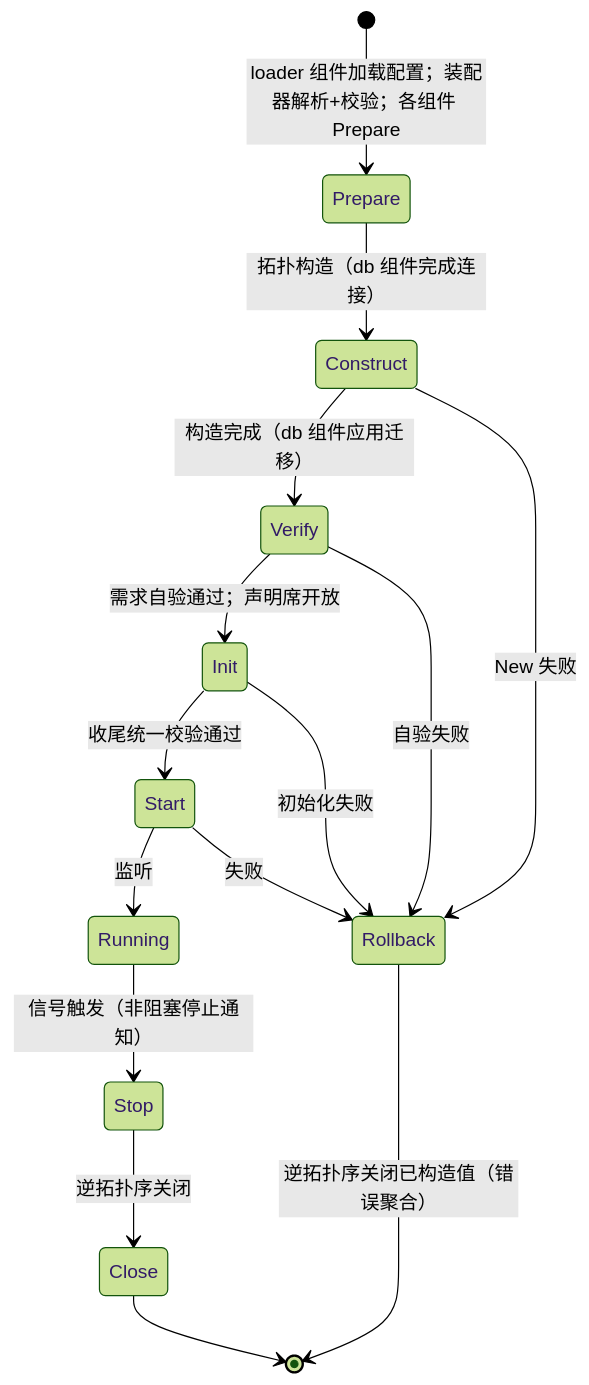
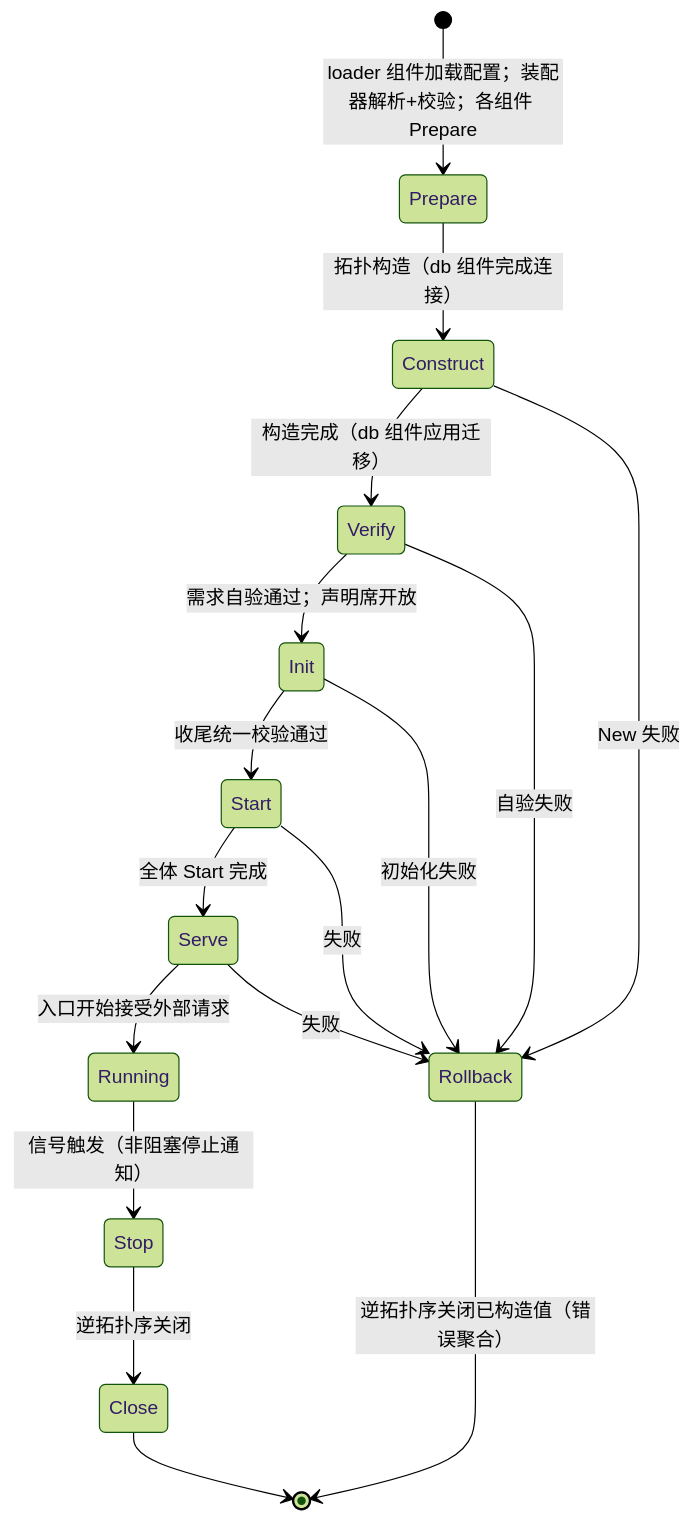
The third of 6 diagrams in docs/internal/29-config-driven-component-assembly.md (vislake/speed), drawn with Mermaid (forest theme) before and after one commit. The commit also changed other lines of this file and 32 other files, not shown here.

````diff
--- a/docs/internal/29-config-driven-component-assembly.md
+++ b/docs/internal/29-config-driven-component-assembly.md
@@ -242,17 +247,19 @@
 ```mermaid
 stateDiagram-v2
     [*] --> Prepare : loader 组件加载配置；装配器解析+校验；各组件 Prepare
     Prepare --> Construct : 拓扑构造（db 组件完成连接）
     Construct --> Verify : 构造完成（db 组件应用迁移）
     Verify --> Init : 需求自验通过；声明席开放
     Init --> Start : 收尾统一校验通过
-    Start --> Running : 监听
+    Start --> Serve : 全体 Start 完成
+    Serve --> Running : 入口开始接受外部请求
     Running --> Stop : 信号触发（非阻塞停止通知）
     Stop --> Close : 逆拓扑序关闭
     Close --> [*]
     Construct --> Rollback : New 失败
     Verify --> Rollback : 自验失败
     Init --> Rollback : 初始化失败
     Start --> Rollback : 失败
+    Serve --> Rollback : 失败
     Rollback --> [*] : 逆拓扑序关闭已构造值（错误聚合）
 ```
````
